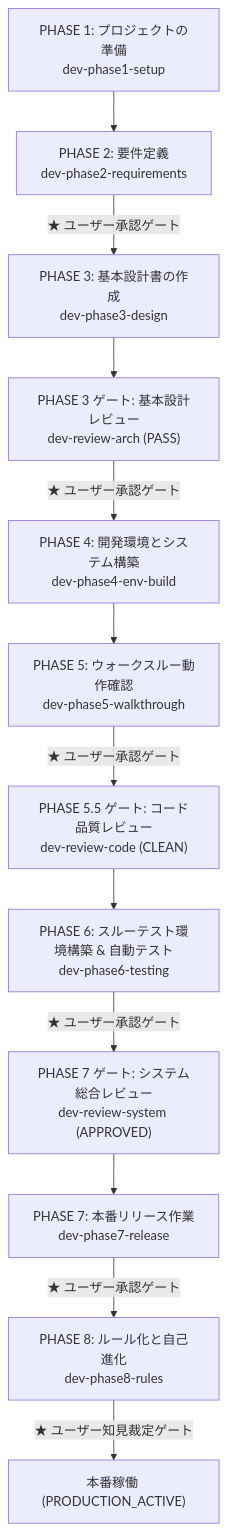
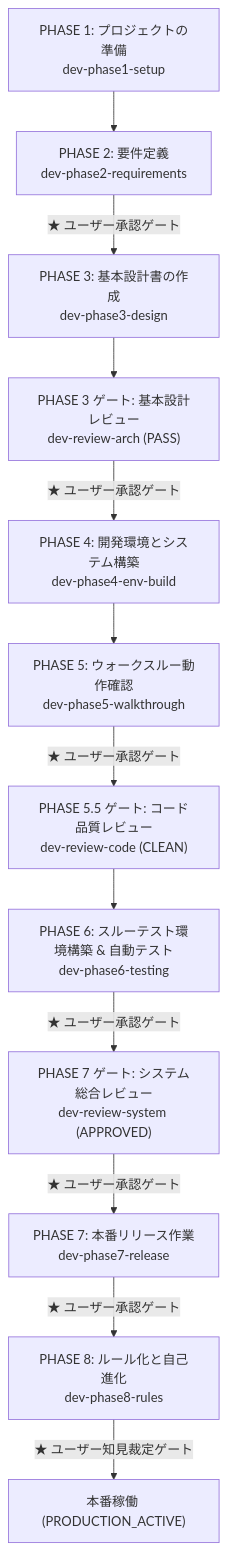
The second of 2 diagrams in README.md (LeoPanda/template), drawn with Mermaid before and after one commit. The commit also changed other lines of this file and 47 other files, not shown here.

````diff
--- a/README.md
+++ b/README.md
@@ -200,14 +213,15 @@
 ```mermaid
 flowchart TD
     P1["PHASE 1: プロジェクトの準備<br/>dev-phase1-setup"] --> P2["PHASE 2: 要件定義<br/>dev-phase2-requirements"]
     P2 -->|"★ ユーザー承認ゲート"| P3["PHASE 3: 基本設計書の作成<br/>dev-phase3-design"]
     P3 --> R3["PHASE 3 ゲート: 基本設計レビュー<br/>dev-review-arch (PASS)"]
     R3 -->|"★ ユーザー承認ゲート"| P4["PHASE 4: 開発環境とシステム構築<br/>dev-phase4-env-build"]
     P4 --> P5["PHASE 5: ウォークスルー動作確認<br/>dev-phase5-walkthrough"]
     P5 -->|"★ ユーザー承認ゲート"| R5["PHASE 5.5 ゲート: コード品質レビュー<br/>dev-review-code (CLEAN)"]
     R5 --> P6["PHASE 6: スルーテスト環境構築 & 自動テスト<br/>dev-phase6-testing"]
     P6 -->|"★ ユーザー承認ゲート"| R7["PHASE 7 ゲート: システム総合レビュー<br/>dev-review-system (APPROVED)"]
-    R7 --> P7["PHASE 7: 本番リリース作業<br/>dev-phase7-release"]
+    P7["PHASE 7: 本番リリース作業<br/>dev-phase7-release"]
+    R7 -->|"★ ユーザー承認ゲート"| P7
     P7 -->|"★ ユーザー承認ゲート"| P8["PHASE 8: ルール化と自己進化<br/>dev-phase8-rules"]
     P8 -->|"★ ユーザー知見裁定ゲート"| ACTIVE["本番稼働 (PRODUCTION_ACTIVE)"]
 ```
````
